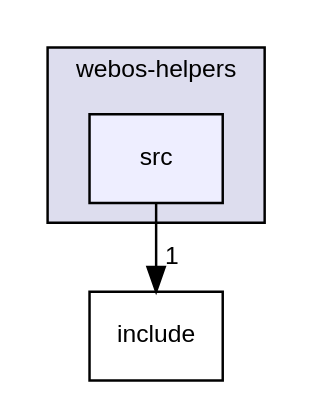
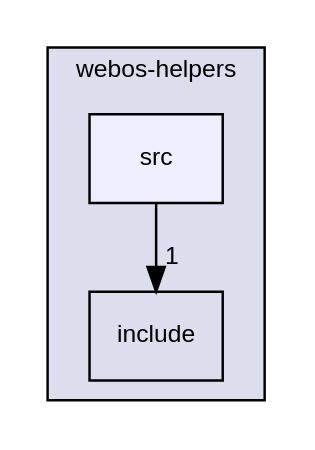
Before and after one commit to webosbrew/tv-native-apis: the diagram in dir_e2dc5e2f55fd8c16ce4c2cf5c2c0ec15_dep.dot, drawn with Graphviz. The commit also changed other lines of this file and 91 other files, not shown here.

```diff
--- a/dir_e2dc5e2f55fd8c16ce4c2cf5c2c0ec15_dep.dot
+++ b/dir_e2dc5e2f55fd8c16ce4c2cf5c2c0ec15_dep.dot
@@ -1,11 +1,11 @@
 digraph "webos-helpers/src" {
   compound=true
   node [ fontsize="10", fontname="Helvetica"];
   edge [ labelfontsize="10", labelfontname="Helvetica"];
   subgraph clusterdir_624cde8a026d8ecb0eaa310e86518d3e {
     graph [ bgcolor="#ddddee", pencolor="black", label="webos-helpers" fontname="Helvetica", fontsize="10", URL="dir_624cde8a026d8ecb0eaa310e86518d3e.html"]
+  dir_e5683ddce984525fc276611c31a3a06d [shape=box label="include" URL="dir_e5683ddce984525fc276611c31a3a06d.html"];
   dir_e2dc5e2f55fd8c16ce4c2cf5c2c0ec15 [shape=box, label="src", style="filled", fillcolor="#eeeeff", pencolor="black", URL="dir_e2dc5e2f55fd8c16ce4c2cf5c2c0ec15.html"];
   }
-  dir_e5683ddce984525fc276611c31a3a06d [shape=box label="include" URL="dir_e5683ddce984525fc276611c31a3a06d.html"];
   dir_e2dc5e2f55fd8c16ce4c2cf5c2c0ec15->dir_e5683ddce984525fc276611c31a3a06d [headlabel="1", labeldistance=1.5 headhref="dir_000008_000007.html"];
 }
```
